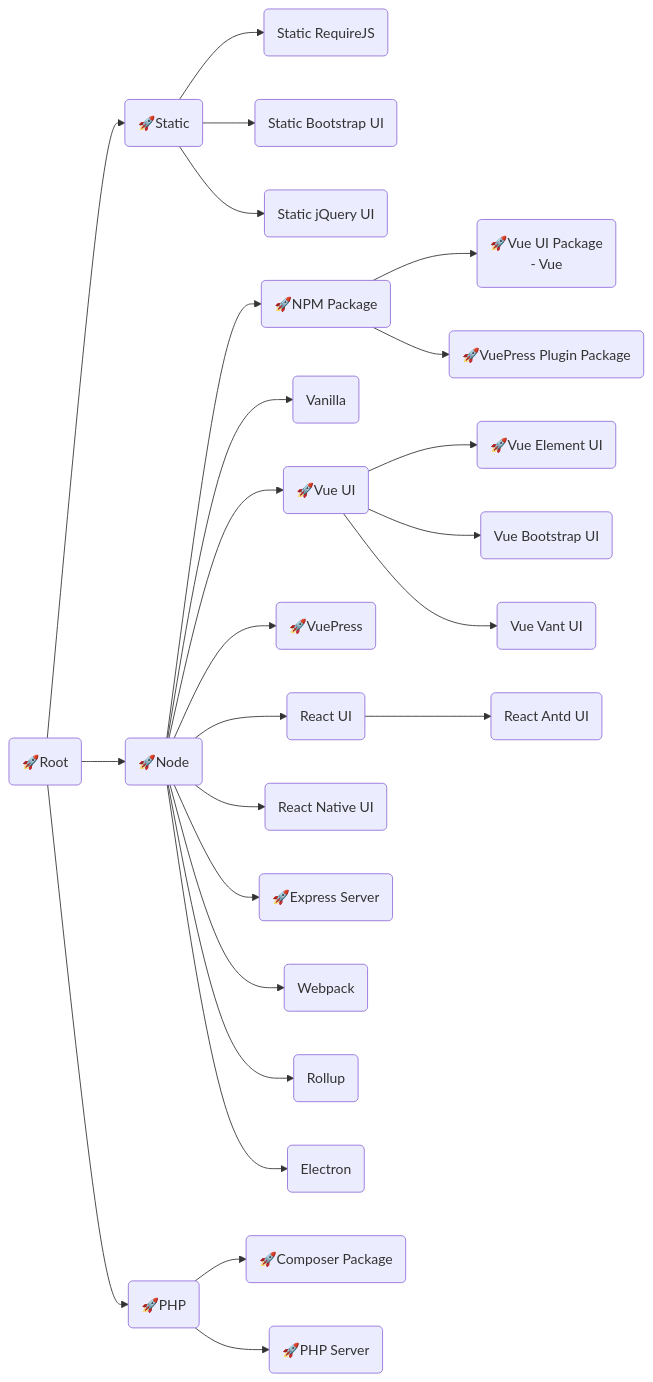
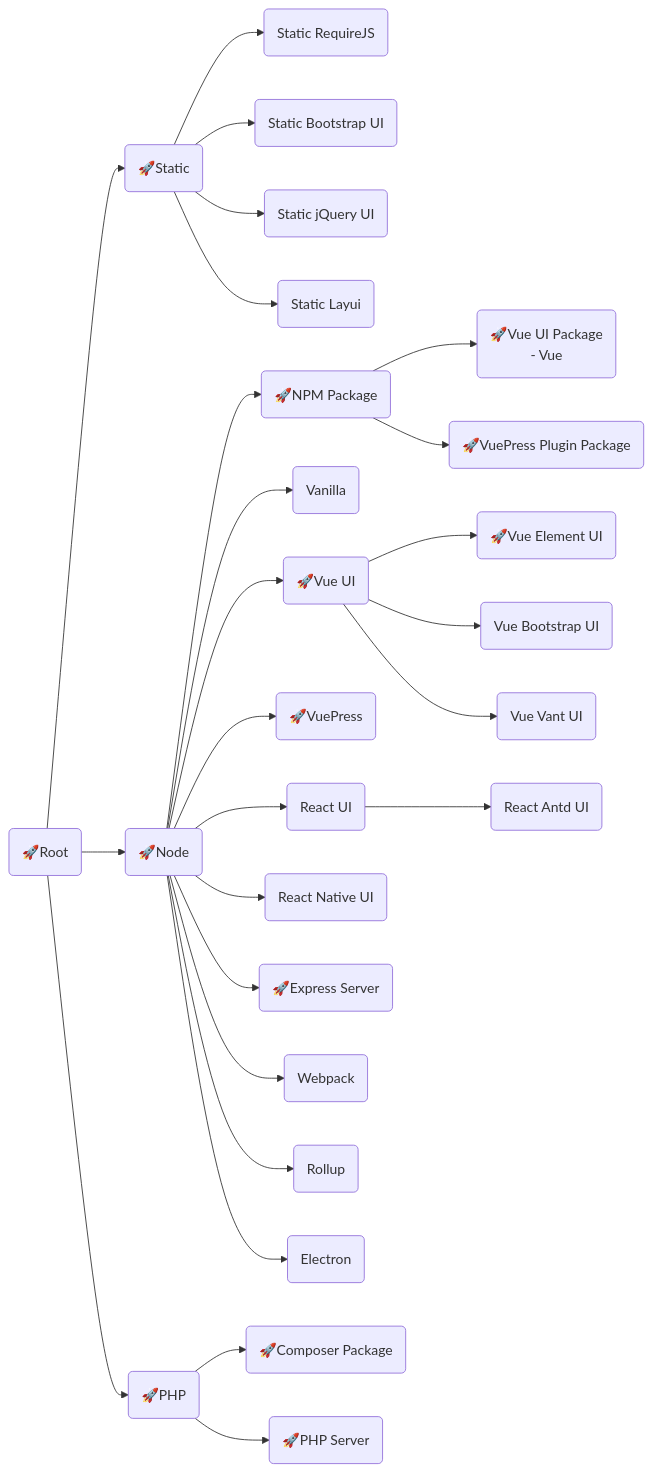
One commit to langnang-templates/.github changed the diagram in profile/README.md. Above: the diagram before and after it, drawn with Mermaid.

````diff
--- a/profile/README.md
+++ b/profile/README.md
@@ -1,43 +1,44 @@
 ```mermaid
 flowchart LR
 Root("🚀Root")
 	click Root "https://github.com/langnang-temp/root"
 
 Root-->Static("🚀Static")
 	click Static "https://github.com/langnang-temp/static"
 	Static-->Static_RequireJS("Static RequireJS")
 	Static-->Static_Bootstrap_UI("Static Bootstrap UI")
 	Static-->Static_jQuery_UI("Static jQuery UI")
+	Static-->Static_Layui("Static Layui")
 Root-->Node("🚀Node")
 	click Node "https://github.com/langnang-temp/node"
 	Node-->NPM_Package("🚀NPM Package")
 		click NPM_Package "https://github.com/langnang-temp/npm-package"
 		NPM_Package-->Vue_UI_Package("🚀Vue UI Package \n- Vue ")
 			click Vue_UI_Package "https://github.com/langnang-temp/vue-ui-package"
 		NPM_Package-->VuePress_Plugin_Package("🚀VuePress Plugin Package")
 			click VuePress_Plugin_Package "https://github.com/langnang-temp/vuepress-plugin-package"
 	Node-->Vanilla("Vanilla")
 	Node-->Vue_UI("🚀Vue UI")
 		click Vue_UI "https://github.com/langnang-temp/vue-ui"
 		Vue_UI-->Vue_Element_UI("🚀Vue Element UI")
 			click Vue_Element_UI "https://github.com/langnang-temp/vue-element-ui"
 		Vue_UI-->Vue_Bootstrap_UI("Vue Bootstrap UI")
 		Vue_UI-->Vue_Vant_UI("Vue Vant UI")
 	Node-->VuePress("🚀VuePress")
 		click VuePress "https://github.com/langnang-temp/vuepress"
 	Node-->React_UI("React UI")
 		React_UI-->React_Antd_UI("React Antd UI")
 	Node-->React_Native_UI("React Native UI")
 	Node-->Express_Server("🚀Express Server")
 		click Express_Server "https://github.com/langnang-temp/express-server"
 	Node-->Webpack("Webpack")
 	Node-->Rollup("Rollup")
 	Node-->Electron("Electron")
 
 Root-->PHP("🚀PHP")
 	click PHP "https://github.com/langnang-temp/php"
 	PHP-->Composer_Package("🚀Composer Package")
 	click Composer_Package "https://github.com/langnang-temp/composer-package"
 	PHP-->PHP_Server("🚀PHP Server")
 		click PHP_Server "https://github.com/langnang-temp/php-server"
 ```
````
